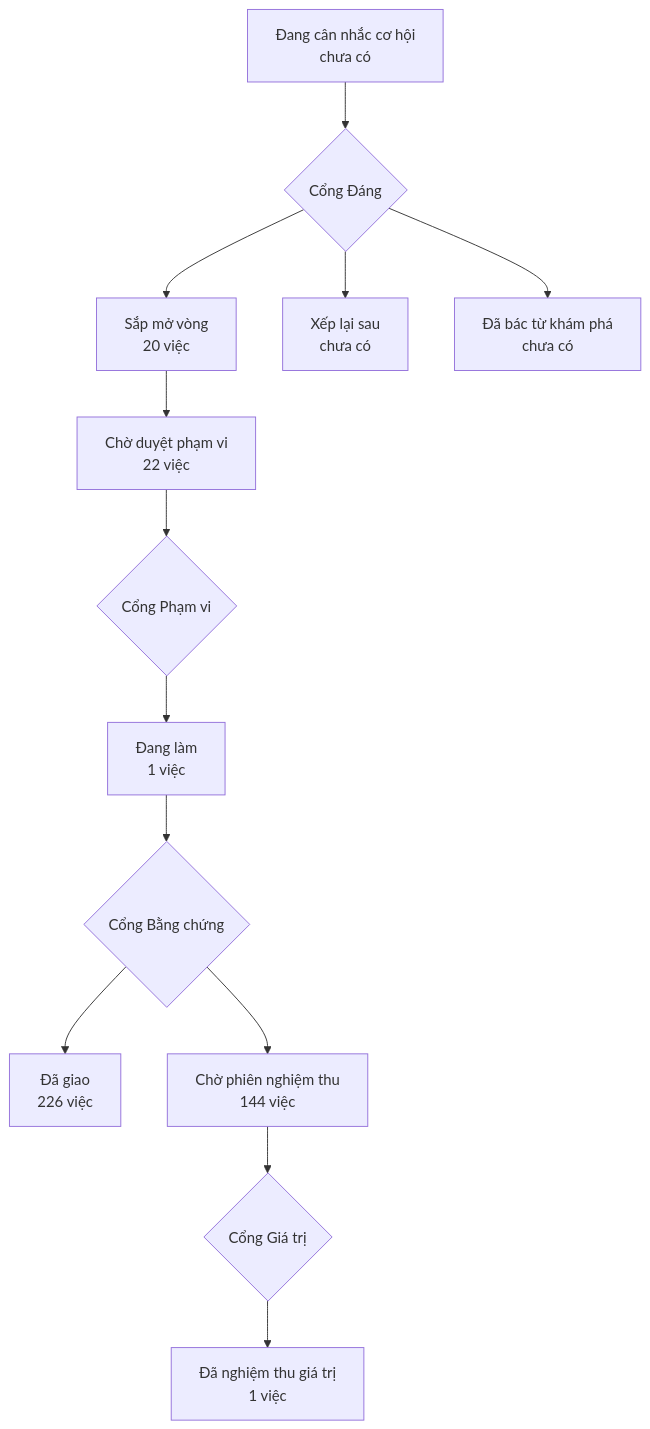
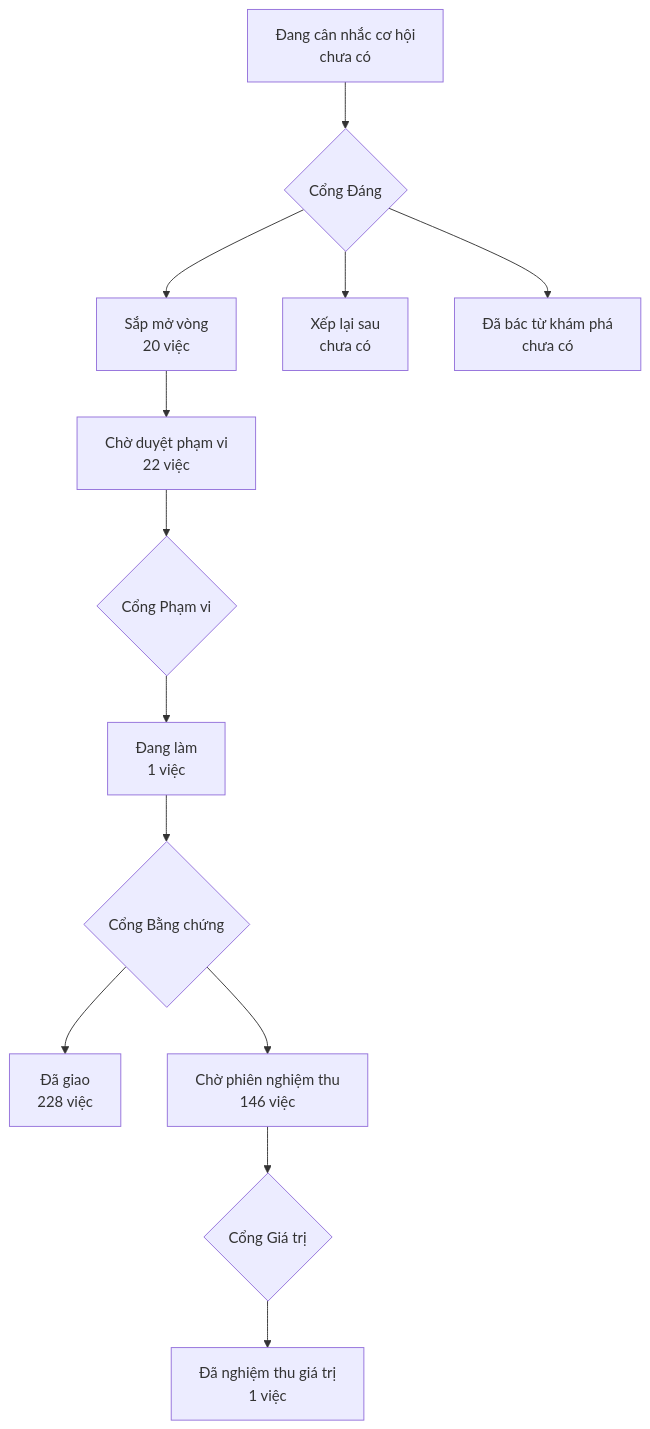
Before and after one commit to phanlemanh/onehub-invest: the diagram in PRODUCT-MAP.md, drawn with Mermaid. The commit also changed other lines of this file and 1 other file, not shown here.

Commit message:
chore(map): sinh lại PRODUCT-MAP, LO-TRINH sau gộp main (cham-bong-cau-tra-loi-khong-bi-cat)

````diff
--- a/PRODUCT-MAP.md
+++ b/PRODUCT-MAP.md
@@ -7,12 +7,12 @@
 ```mermaid
 flowchart TD
   A["Đang cân nhắc cơ hội<br/>chưa có"] --> GD{"Cổng Đáng"}
   GD --> B["Sắp mở vòng<br/>20 việc"]
   GD --> XL["Xếp lại sau<br/>chưa có"]
   GD --> DB["Đã bác từ khám phá<br/>chưa có"]
   B --> CD["Chờ duyệt phạm vi<br/>22 việc"] --> GP{"Cổng Phạm vi"}
   GP --> DL["Đang làm<br/>1 việc"] --> GB{"Cổng Bằng chứng"}
-  GB --> DG["Đã giao<br/>226 việc"]
-  GB --> CN["Chờ phiên nghiệm thu<br/>144 việc"] --> GG{"Cổng Giá trị"}
+  GB --> DG["Đã giao<br/>228 việc"]
+  GB --> CN["Chờ phiên nghiệm thu<br/>146 việc"] --> GG{"Cổng Giá trị"}
   GG --> NT["Đã nghiệm thu giá trị<br/>1 việc"]
 ```
````
